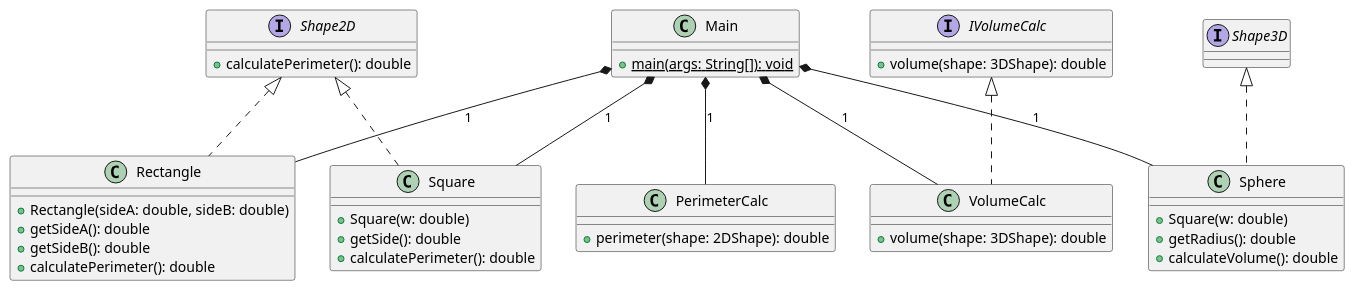
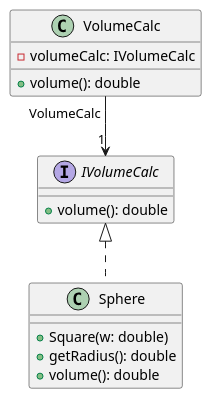
The diagram in src/D_Principle/D_Principle.md (nicholasnikolov90/ENSF_607_Assignment4), drawn with PlantUML before and after one commit. The commit also changed 16 other files, not shown here.

```diff
--- a/src/D_Principle/D_Principle.md
+++ b/src/D_Principle/D_Principle.md
@@ -1,56 +1,21 @@
 @startuml
 
-interface Shape2D{
-+calculatePerimeter(): double
-}
-
 interface IVolumeCalc {
-+volume(shape: 3DShape): double
-}
-
-class PerimeterCalc{
-+ perimeter(shape: 2DShape): double
++volume(): double
 }
 
 class VolumeCalc{
-+ volume(shape: 3DShape): double
-}
-
-
-class Rectangle{
-+ Rectangle(sideA: double, sideB: double)
-+ getSideA(): double
-+ getSideB(): double
-+ calculatePerimeter(): double
-}
-
-
-class Square{
-+ Square(w: double)
-+ getSide(): double
-+ calculatePerimeter(): double
+-volumeCalc: IVolumeCalc
++ volume(): double
 }
 
 class Sphere{
 + Square(w: double)
 + getRadius(): double
-+ calculateVolume(): double
++ volume(): double
 }
 
-class Main{
-+{static} main(args: String[]): void
-}
-
-
-Main *-- PerimeterCalc: 1
-Main *-- VolumeCalc: 1
-Main *-- Square: 1
-Main *-- Rectangle: 1
-Main *-- Sphere: 1
-
-Class Square implements Shape2D
-Class Rectangle implements Shape2D
-Class Sphere implements Shape3D
-Class VolumeCalc implements IVolumeCalc
+VolumeCalc "VolumeCalc" --> "1" IVolumeCalc
+Class Sphere implements IVolumeCalc
 
 @enduml
```
